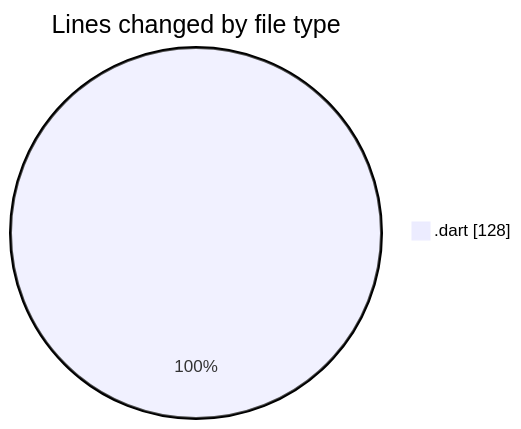
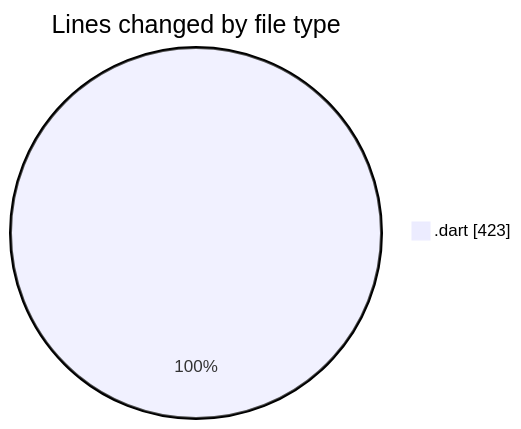
The first of 2 diagrams in 2025-05-03/trackers_app/README.md (donsfak/code-tracking), drawn with Mermaid before and after one commit. The commit also changed other lines of this file and 1 other file, not shown here.

````diff
--- a/2025-05-03/trackers_app/README.md
+++ b/2025-05-03/trackers_app/README.md
@@ -20,5 +21,5 @@
 ```mermaid
 pie showData
 title Lines changed by file type
-".dart" : 128
+".dart" : 423
 ```
````
